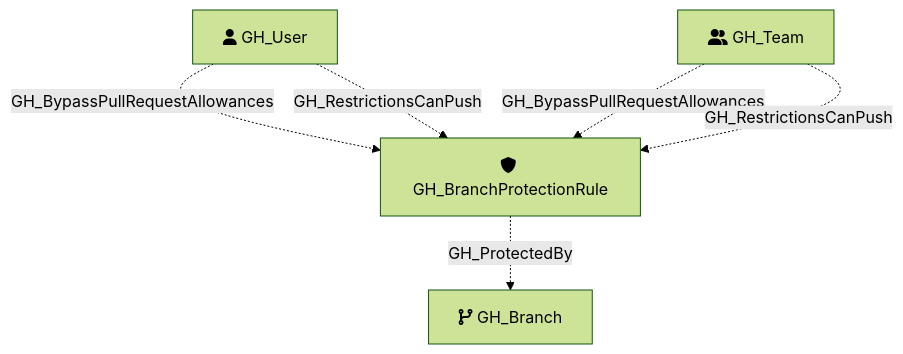
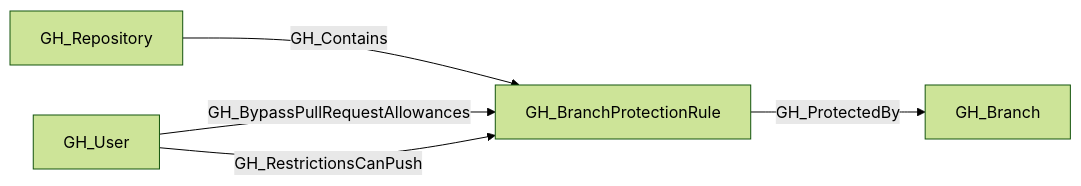
The second of 2 diagrams in docs/opengraph/extensions/github/nodes/gh_branchprotectionrule.mdx (SpecterOps/bloodhound-docs), drawn with Mermaid (forest theme) before and after one commit. The commit also changed other lines of this file and 292 other files, not shown here.

````diff
--- a/docs/opengraph/extensions/github/nodes/gh_branchprotectionrule.mdx
+++ b/docs/opengraph/extensions/github/nodes/gh_branchprotectionrule.mdx
@@ -58,14 +93,12 @@
 ```mermaid
-flowchart TD
-    GH_BranchProtectionRule[fa:fa-shield GH_BranchProtectionRule]
-    GH_Branch[fa:fa-code-branch GH_Branch]
-    GH_User[fa:fa-user GH_User]
-    GH_Team[fa:fa-user-group GH_Team]
+flowchart LR
 
-
-    GH_User -.->|GH_BypassPullRequestAllowances| GH_BranchProtectionRule
-    GH_Team -.->|GH_BypassPullRequestAllowances| GH_BranchProtectionRule
-    GH_User -.->|GH_RestrictionsCanPush| GH_BranchProtectionRule
-    GH_Team -.->|GH_RestrictionsCanPush| GH_BranchProtectionRule
-    GH_BranchProtectionRule -.->|GH_ProtectedBy| GH_Branch
+    GH_Branch["GH_Branch"]
+    GH_BranchProtectionRule["GH_BranchProtectionRule"]
+    GH_Repository["GH_Repository"]
+    GH_User["GH_User"]
+    GH_BranchProtectionRule -- GH_ProtectedBy --> GH_Branch
+    GH_Repository -- GH_Contains --> GH_BranchProtectionRule
+    GH_User -- GH_BypassPullRequestAllowances --> GH_BranchProtectionRule
+    GH_User -- GH_RestrictionsCanPush --> GH_BranchProtectionRule
 ```
````
